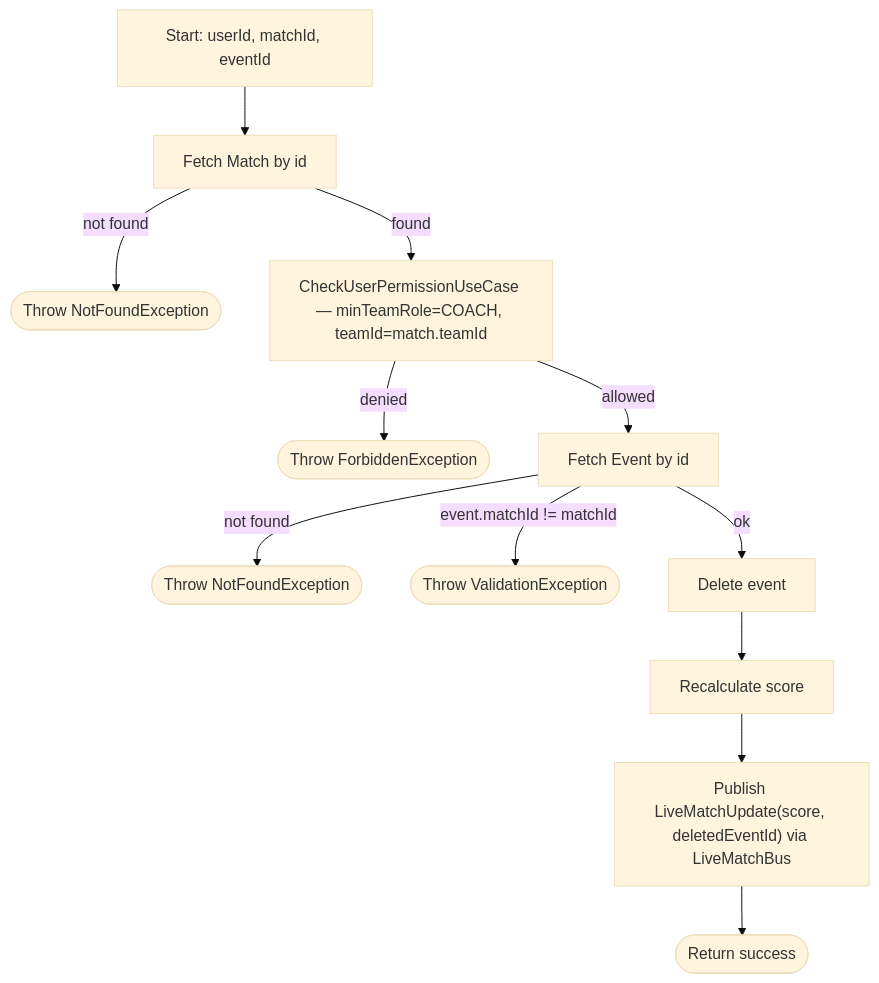
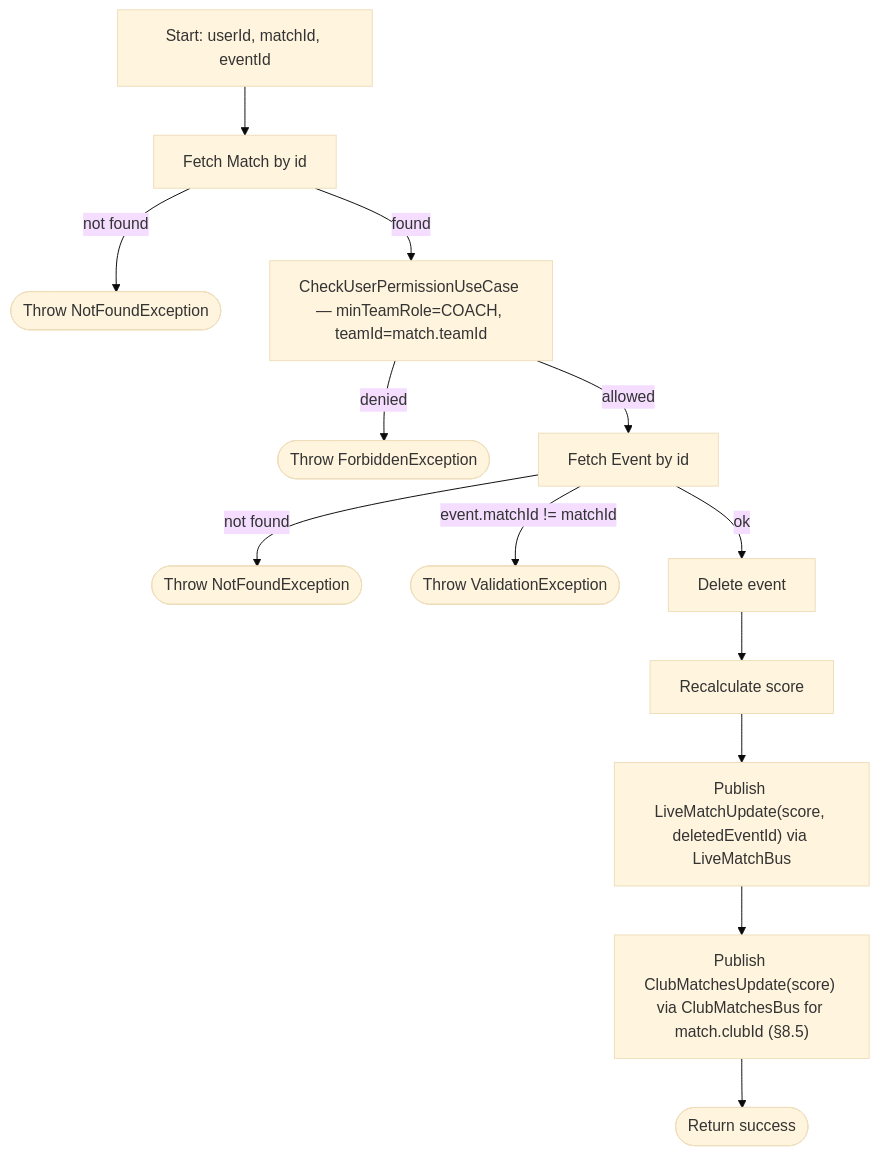
Diagram 40 of 52 in PROCESS_FLOWS.md (ricardofrango/squadify), drawn with Mermaid (base theme) before and after one commit. The commit also changed other lines of this file and 47 other files, not shown here.

First line of the commit message:
Live-update the club Matches tab via a club-scoped WebSocket

````diff
--- a/PROCESS_FLOWS.md
+++ b/PROCESS_FLOWS.md
@@ -865,14 +866,15 @@
 ```mermaid
 graph TD
     A[Start: userId, matchId, eventId] --> B[Fetch Match by id]
     B -- not found --> N1(["Throw NotFoundException"])
     B -- found --> C[CheckUserPermissionUseCase — minTeamRole=COACH, teamId=match.teamId]
     C -- denied --> F(["Throw ForbiddenException"])
     C -- allowed --> D[Fetch Event by id]
     D -- not found --> N2(["Throw NotFoundException"])
     D -- event.matchId != matchId --> V(["Throw ValidationException"])
     D -- ok --> E[Delete event]
     E --> G[Recalculate score]
     G --> H["Publish LiveMatchUpdate(score, deletedEventId) via LiveMatchBus"]
-    H --> Z(["Return success"])
+    H --> H2["Publish ClubMatchesUpdate(score) via ClubMatchesBus for match.clubId (§8.5)"]
+    H2 --> Z(["Return success"])
 ```
````
